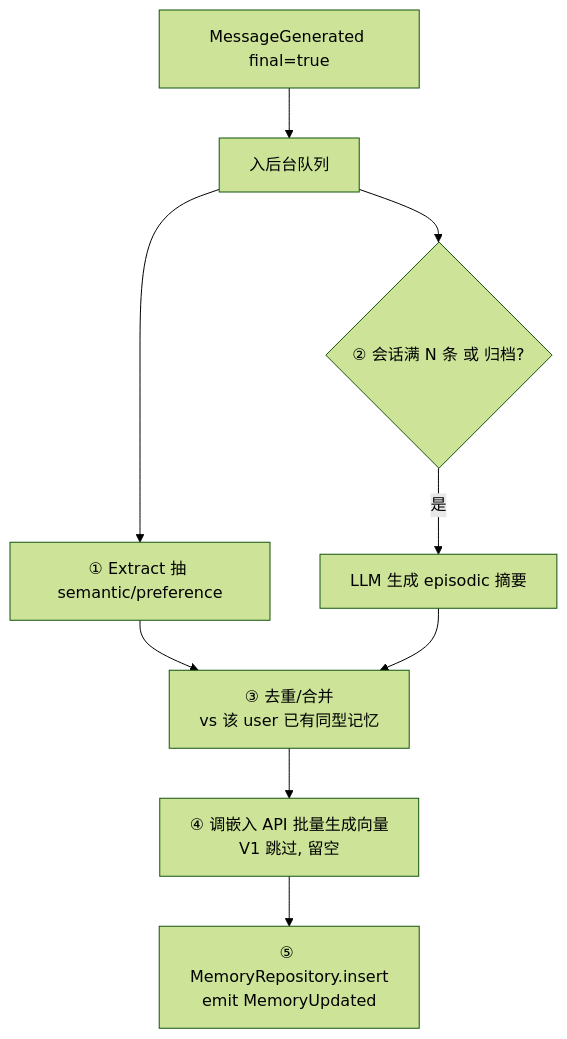
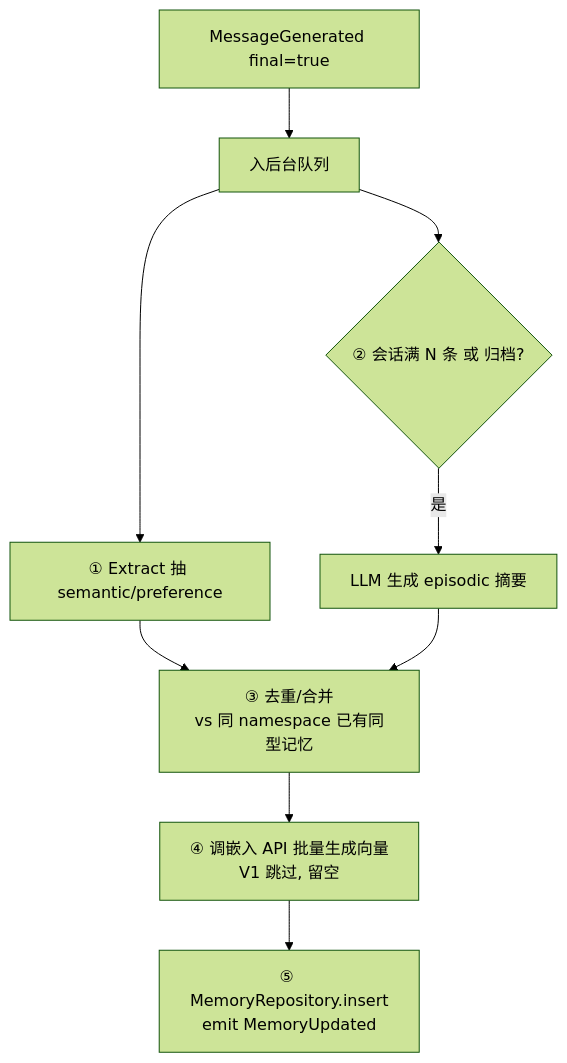
One commit to ygq-future/ai-cli-hub changed the first of 2 diagrams in docs/06-Memory-Design.md. Above: the diagram before and after it, drawn with Mermaid (forest theme). The commit also changed other lines of this file and 15 other files, not shown here.

````diff
--- a/docs/06-Memory-Design.md
+++ b/docs/06-Memory-Design.md
@@ -53,11 +53,11 @@
 ```mermaid
 flowchart TD
     EV[MessageGenerated final=true] --> QUEUE[入后台队列]
     QUEUE --> EX[① Extract 抽 semantic/preference]
     QUEUE --> ROLL{② 会话满 N 条 或 归档?}
     ROLL -->|是| SUM[LLM 生成 episodic 摘要]
-    EX --> DEDUP[③ 去重/合并<br/>vs 该 user 已有同型记忆]
+    EX --> DEDUP[③ 去重/合并<br/>vs 同 namespace 已有同型记忆]
     SUM --> DEDUP
     DEDUP --> EMB[④ 调嵌入 API 批量生成向量<br/>V1 跳过, 留空]
     EMB --> W[⑤ MemoryRepository.insert<br/>emit MemoryUpdated]
 ```
````
